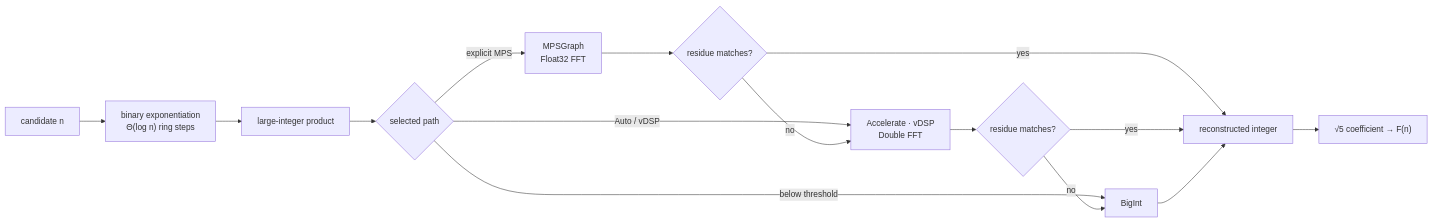
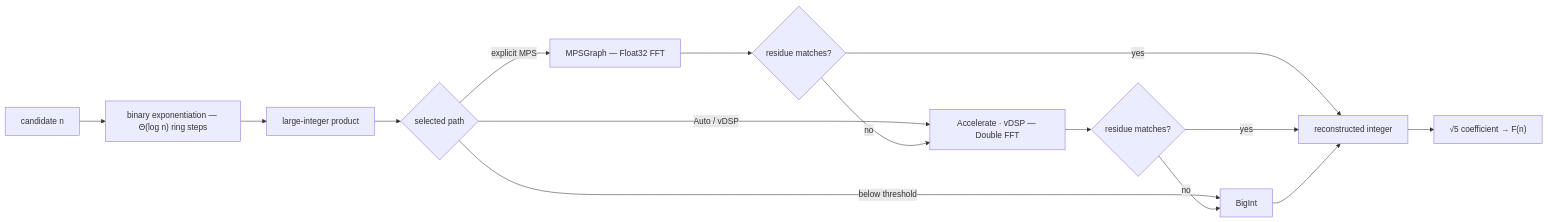
The diagram in README.md (Collinw24/fibonacci), drawn with Mermaid before and after one commit. The commit also changed other lines of this file and 4 other files, not shown here.

````diff
--- a/README.md
+++ b/README.md
@@ -57,17 +57,17 @@
 ```mermaid
 flowchart LR
-    N["candidate n"] --> P["binary exponentiation<br/>Θ(log n) ring steps"]
+    N["candidate n"] --> P["binary exponentiation — Θ(log n) ring steps"]
     P --> R["large-integer product"]
     R --> S{"selected path"}
     S -->|"below threshold"| B["BigInt"]
-    S -->|"Auto / vDSP"| V["Accelerate · vDSP<br/>Double FFT"]
-    S -->|"explicit MPS"| M["MPSGraph<br/>Float32 FFT"]
+    S -->|"Auto / vDSP"| V["Accelerate · vDSP — Double FFT"]
+    S -->|"explicit MPS"| M["MPSGraph — Float32 FFT"]
     M --> MC{"residue matches?"}
     MC -->|"yes"| A["reconstructed integer"]
     MC -->|"no"| V
     V --> VC{"residue matches?"}
     VC -->|"yes"| A
     VC -->|"no"| B
     B --> A
     A --> F["√5 coefficient → F(n)"]
 ```
````
